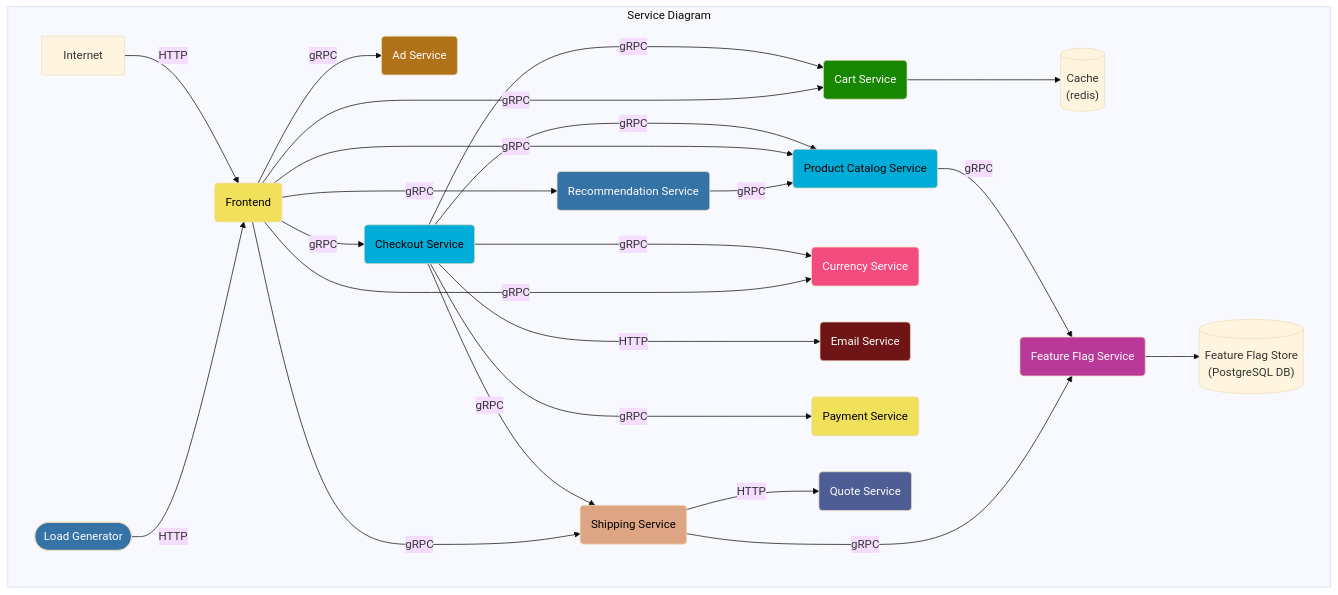
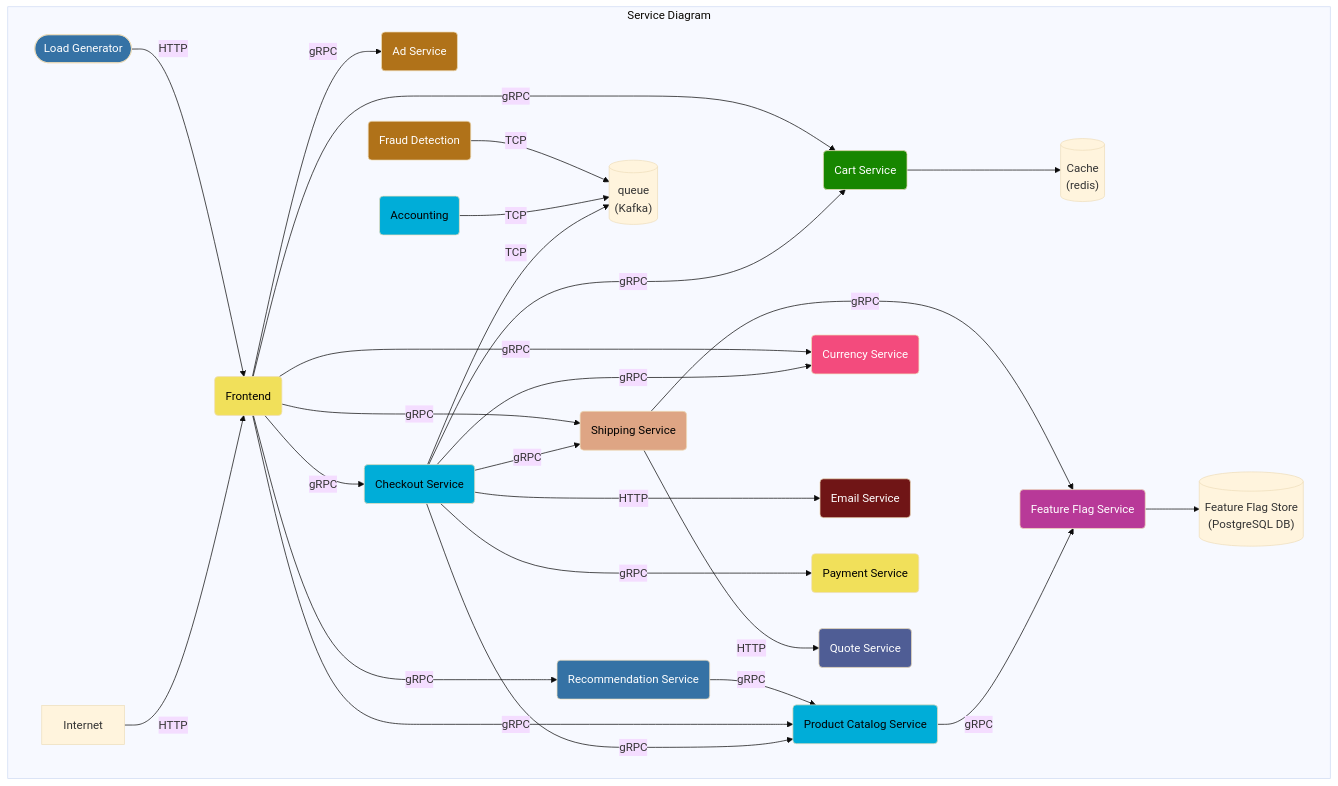
One commit to open-telemetry/opentelemetry-demo changed the first of 2 diagrams in README.md. Above: the diagram before and after it, drawn with Mermaid (base theme). The commit also changed 6 other files, not shown here.

````diff
--- a/README.md
+++ b/README.md
@@ -35,56 +35,63 @@
 ```mermaid
 graph TD
 
 subgraph Service Diagram
 adservice(Ad Service):::java
+accounting(Accounting):::golang
 cache[(Cache<br/>&#40redis&#41)]
+queue[(queue<br/>&#40Kafka&#41)]
+frauddetection(Fraud Detection):::java
 cartservice(Cart Service):::dotnet
 checkoutservice(Checkout Service):::golang
 currencyservice(Currency Service):::cpp
 emailservice(Email Service):::ruby
 frontend(Frontend):::javascript
 loadgenerator([Load Generator]):::python
 paymentservice(Payment Service):::javascript
 productcatalogservice(Product Catalog Service):::golang
 quoteservice(Quote Service):::php
 recommendationservice(Recommendation Service):::python
 shippingservice(Shipping Service):::rust
 featureflagservice(Feature Flag Service):::erlang
 featureflagstore[(Feature Flag Store<br/>&#40PostgreSQL DB&#41)]
 
 Internet -->|HTTP| frontend
 loadgenerator -->|HTTP| frontend
 
 checkoutservice --->|gRPC| cartservice --> cache
 checkoutservice --->|gRPC| productcatalogservice
 checkoutservice --->|gRPC| currencyservice
 checkoutservice --->|HTTP| emailservice
 checkoutservice --->|gRPC| paymentservice
 checkoutservice -->|gRPC| shippingservice
+checkoutservice -->|TCP| queue
 
 frontend -->|gRPC| adservice
 frontend -->|gRPC| cartservice
 frontend -->|gRPC| productcatalogservice
 frontend -->|gRPC| checkoutservice
 frontend -->|gRPC| currencyservice
 frontend -->|gRPC| recommendationservice -->|gRPC| productcatalogservice
 frontend -->|gRPC| shippingservice -->|HTTP| quoteservice
 
 productcatalogservice -->|gRPC| featureflagservice
 
 shippingservice -->|gRPC| featureflagservice
 
 featureflagservice --> featureflagstore
 
+accounting -->|TCP| queue
+frauddetection -->|TCP| queue
+
 end
 classDef java fill:#b07219,color:white;
 classDef dotnet fill:#178600,color:white;
 classDef golang fill:#00add8,color:black;
 classDef cpp fill:#f34b7d,color:white;
 classDef ruby fill:#701516,color:white;
 classDef python fill:#3572A5,color:white;
 classDef javascript fill:#f1e05a,color:black;
 classDef rust fill:#dea584,color:black;
 classDef erlang fill:#b83998,color:white;
 classDef php fill:#4f5d95,color:white;
 ```
````
